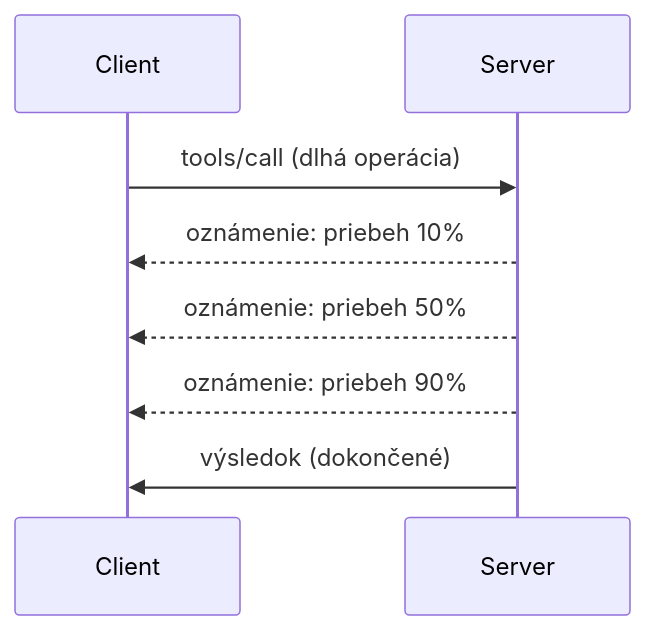
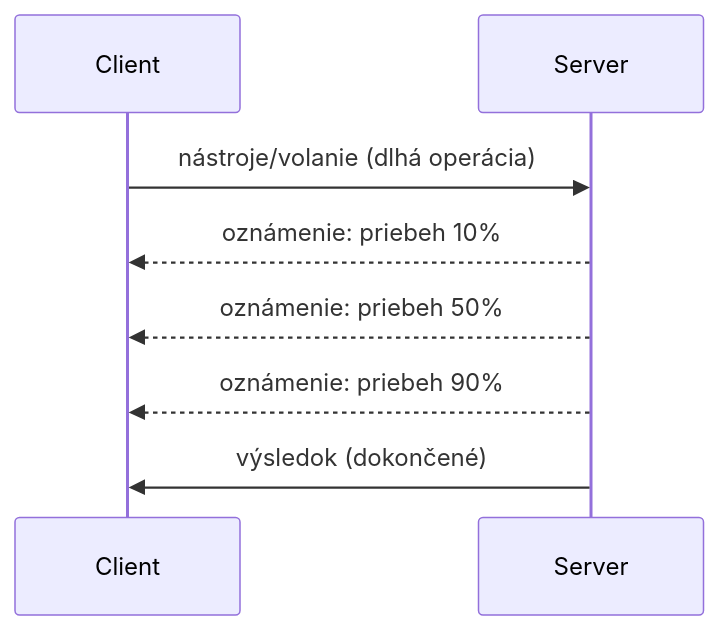
The diagram in mcp_ecosystem__model_context_protocol/mcp_learning_resources/mcp-for-beginners/translations/sk/05-AdvancedTopics/mcp-protocol-features/README.md (HIDORAKAI002/ai-workspace-archive), drawn with Mermaid before and after one commit. The commit also changed other lines of this file and 1046 other files, not shown here.

````diff
--- a/mcp_ecosystem__model_context_protocol/mcp_learning_resources/mcp-for-beginners/translations/sk/05-AdvancedTopics/mcp-protocol-features/README.md
+++ b/mcp_ecosystem__model_context_protocol/mcp_learning_resources/mcp-for-beginners/translations/sk/05-AdvancedTopics/mcp-protocol-features/README.md
@@ -22,11 +24,11 @@
 ```mermaid
 sequenceDiagram
     participant Client
     participant Server
     
-    Client->>Server: tools/call (dlhá operácia)
+    Client->>Server: nástroje/volanie (dlhá operácia)
     Server-->>Client: oznámenie: priebeh 10%
     Server-->>Client: oznámenie: priebeh 50%
     Server-->>Client: oznámenie: priebeh 90%
-    Server->>Client: výsledok (dokončené)
+    Server->>Client: výsledok (dokončené)
 ```
````
